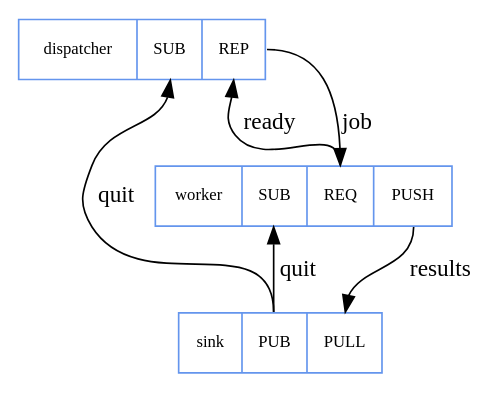
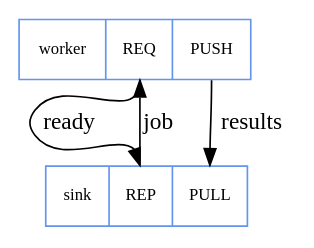
Before and after one commit to briandunn/flatware: the diagram in connections.dot, drawn with Graphviz.

Commit message:
Update connections graph with new idea

```diff
--- a/connections.dot
+++ b/connections.dot
@@ -1,16 +1,13 @@
 digraph {
   node [color=cornflowerblue];
   subgraph {
     node [shape=record, fontsize=10.0];
-    dispatcher [label="dispatcher | <sub> SUB | <rep>  REP"];
-    worker     [label="worker     | <sub> SUB | <req>  REQ | <push> PUSH"];
-    sink       [label="sink       | <pub> PUB | <pull> PULL"];
+    worker [label="worker | <req> REQ | <push> PUSH"];
+    sink   [label="sink   | <rep> REP | <pull> PULL"];
   }
   subgraph {
-    sink:pub       -> dispatcher:sub [label=quit];
-    sink:pub       -> worker:sub     [label=quit];
-    worker:push    -> sink:pull      [label=results];
-    worker:req     -> dispatcher:rep [label=ready];
-    dispatcher:rep -> worker:req     [label=job];
+    worker:push -> sink:pull  [label=results];
+    worker:req  -> sink:rep   [label=ready];
+    sink:rep    -> worker:req [label=job];
   }
 }
```
